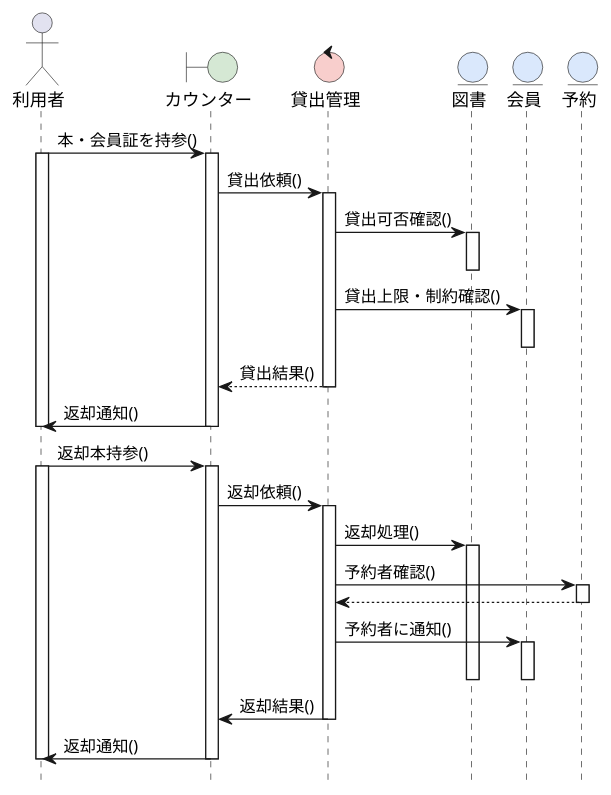
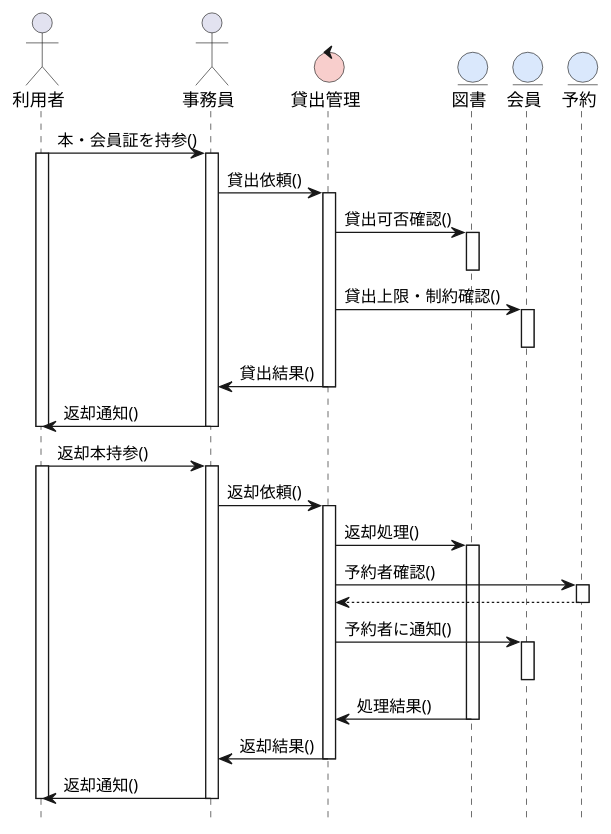
One commit to takano1228/ohara_uml changed the diagram in group/exam1_2_2/koukakashi.pu. Above: the diagram before and after it, drawn with PlantUML.

```diff
--- a/group/exam1_2_2/koukakashi.pu
+++ b/group/exam1_2_2/koukakashi.pu
@@ -1,61 +1,63 @@
 @startuml 図書館システムシーケンス図
 hide footbox
 skinparam boundaryBackgroundColor #D5E8D4
 skinparam controlBackgroundColor  #F8CECC
 skinparam entityBackgroundColor   #DAE8FC
 
 actor 利用者 as A
-boundary カウンター as B1
+actor 事務員 as B
+boundary カウンター as B
 control 貸出管理 as C1
 entity 図書 as E1
 entity 会員 as E2
 entity 予約 as E3
 
-A -> B1: 本・会員証を持参()
+A -> B: 本・会員証を持参()
 activate A
-activate B1
-
-B1 -> C1: 貸出依頼()
+activate B
+B -> C1: 貸出依頼()
 activate C1
 
 C1 -> E1: 貸出可否確認()
 activate E1
 deactivate E1
 
 C1 -> E2:貸出上限・制約確認()
 activate E2
 deactivate E2
 
-C1 --> B1: 貸出結果()
+C1 -> B: 貸出結果()
 deactivate C1
-B1 -> A: 返却通知()
+B -> A: 返却通知()
 deactivate A
-deactivate B1
+deactivate B
 
-A -> B1: 返却本持参()
+A -> B: 返却本持参()
 activate A
-activate B1
+activate B
 
-B1 -> C1: 返却依頼()
+B -> C1: 返却依頼()
 activate C1
 
 
 C1 -> E1: 返却処理()
 activate E1
 
 C1 -> E3: 予約者確認()
 activate E3
 E3 --> C1
 deactivate E3
 C1 -> E2: 予約者に通知()
 activate E2
 deactivate E2
+
+E1 -> C1: 処理結果()
 deactivate E1
 
-C1 -> B1:返却結果()
+C1 -> B:返却結果()
 deactivate C1
-B1 -> A:返却通知()
-deactivate B1
+B -> A:返却通知()
+deactivate B
 deactivate A
 
 @enduml
```
